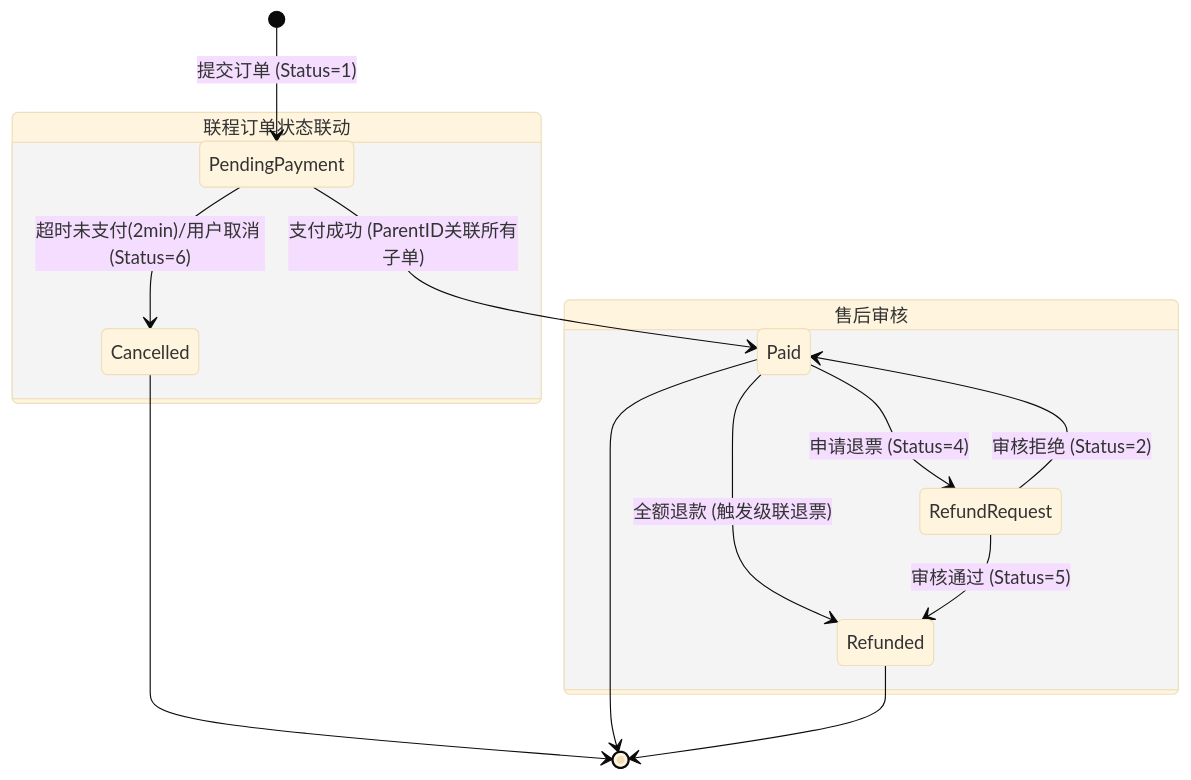
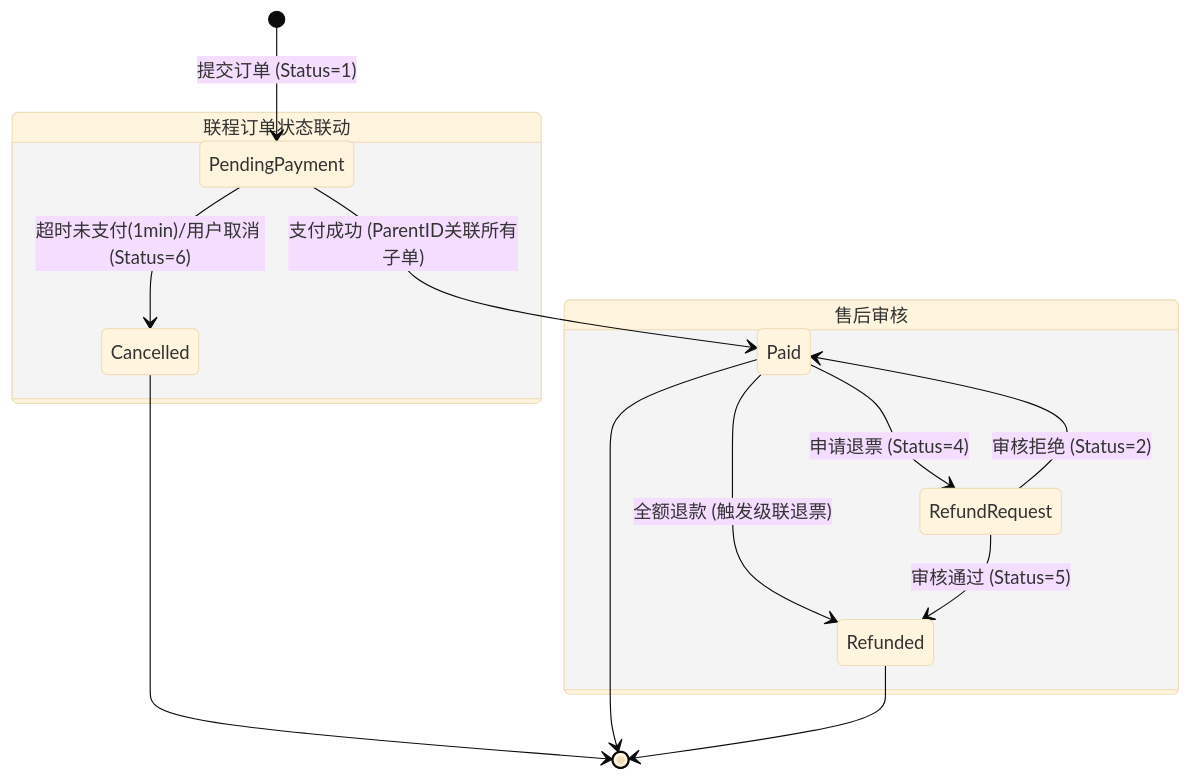
Before and after one commit to ZJUT-CS/Distributed-Database: the second of 2 diagrams in skylink-backend/README.md, drawn with Mermaid (base theme). The commit also changed other lines of this file and 12 other files, not shown here.

````diff
--- a/skylink-backend/README.md
+++ b/skylink-backend/README.md
@@ -101,20 +101,20 @@
 ```mermaid
 stateDiagram-v2
     [*] --> PendingPayment: 提交订单 (Status=1)
     
     state "联程订单状态联动" as Link {
         PendingPayment --> Paid: 支付成功 (ParentID关联所有子单)
-        PendingPayment --> Cancelled: 超时未支付(2min)/用户取消 (Status=6)
+        PendingPayment --> Cancelled: 超时未支付(1min)/用户取消 (Status=6)
         Paid --> Refunded: 全额退款 (触发级联退票)
     }
     
     state "售后审核" as Audit {
         Paid --> RefundRequest: 申请退票 (Status=4)
         RefundRequest --> Refunded: 审核通过 (Status=5)
         RefundRequest --> Paid: 审核拒绝 (Status=2)
     }
 
     Cancelled --> [*]
     Paid --> [*]
     Refunded --> [*]
 ```
````
